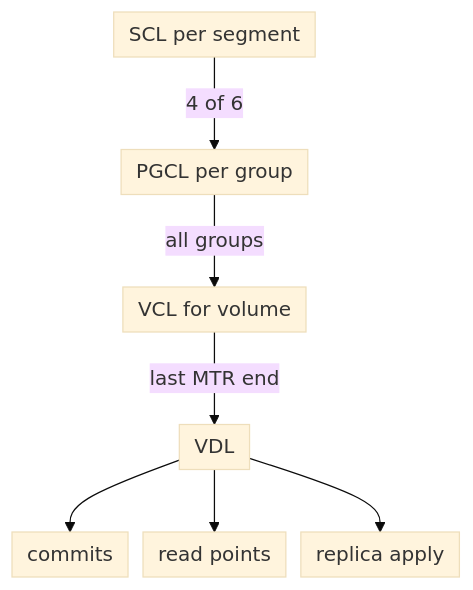
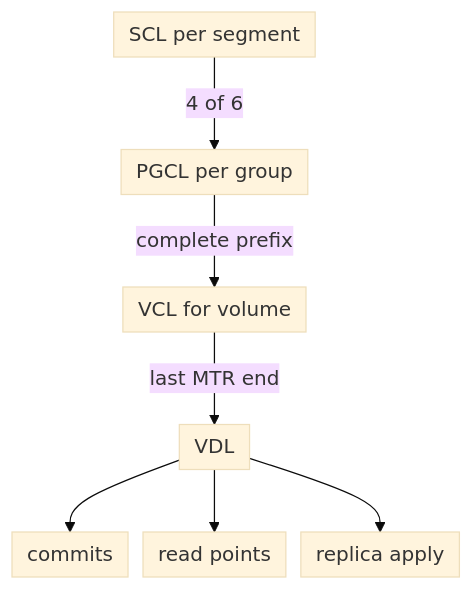
The second of 3 diagrams in src/content/blog/amazon-aurora-the-log-is-the-database.md (mimi146/blog), drawn with Mermaid (base theme) before and after one commit. The commit also changed other lines of this file, not shown here.

First line of the commit message:
Apply Coach's six verified Aurora corrections

````diff
--- a/src/content/blog/amazon-aurora-the-log-is-the-database.md
+++ b/src/content/blog/amazon-aurora-the-log-is-the-database.md
@@ -90,12 +90,12 @@
 ```mermaid
 %%{init: {"flowchart": {"nodeSpacing": 12, "padding": 6, "diagramPadding": 4}}}%%
 flowchart TB
     accTitle: How Aurora's watermarks build on each other
-    accDescr: Each segment tracks its Segment Complete LSN. When four of the six segments in a protection group have advanced, the writer advances that group's PGCL. The lowest point that all groups have reached is the volume's VCL. The highest mini-transaction boundary at or below VCL is the VDL, which gates commit acknowledgements, read points and what replicas may apply.
+    accDescr: Each segment tracks its Segment Complete LSN. When four of the six segments in a protection group have advanced, the writer advances that group's PGCL. The highest LSN below which every record, in every group, has met quorum is the volume's VCL. The highest mini-transaction boundary at or below VCL is the VDL, which gates commit acknowledgements, read points and what replicas may apply.
     S["SCL per segment"] -->|"4 of 6"| P["PGCL per group"]
-    P -->|"all groups"| V["VCL for volume"]
+    P -->|"complete prefix"| V["VCL for volume"]
     V -->|"last MTR end"| D["VDL"]
     D --> C["commits"]
     D --> R["read points"]
     D --> RP["replica apply"]
 ```
````
